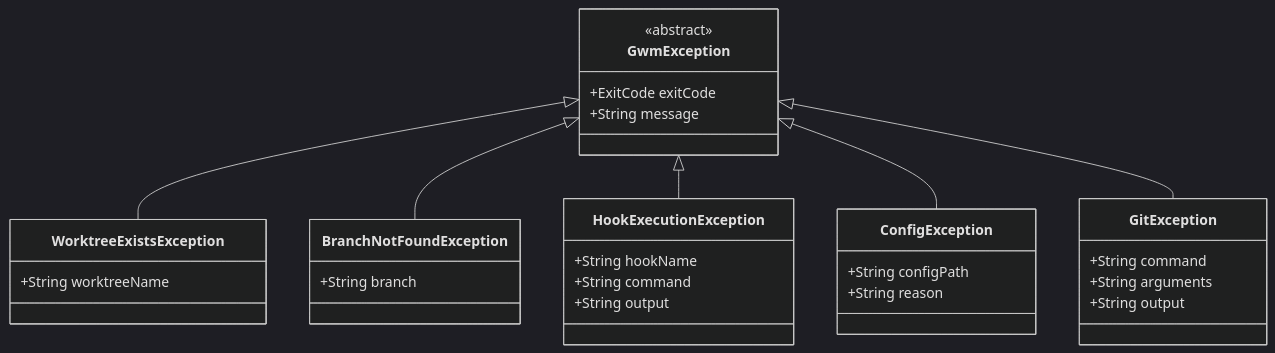
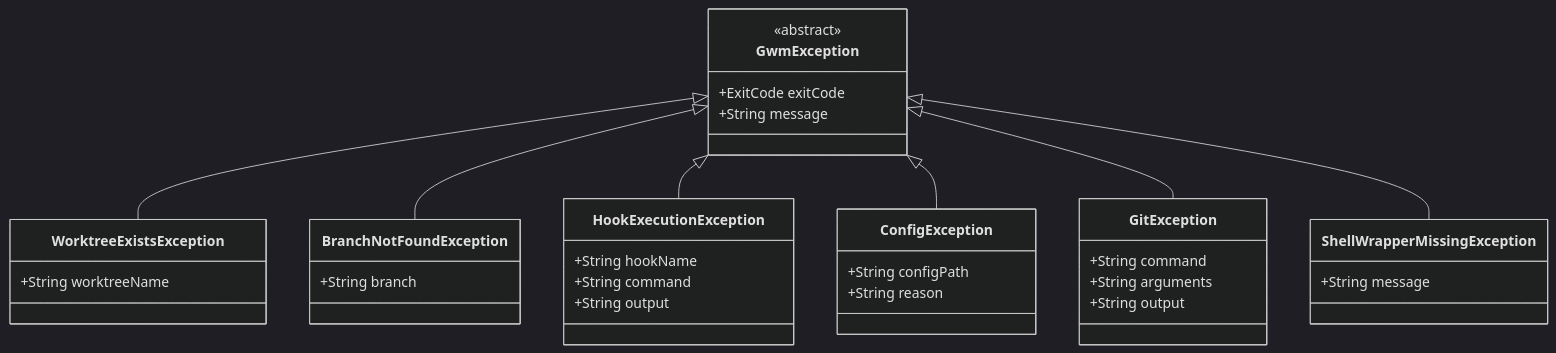
One commit to timovandeput/gwm changed the ninth of 12 diagrams in docs/ARCHITECTURE.md. Above: the diagram before and after it, drawn with Mermaid (dark theme). The commit also changed other lines of this file and 11 other files, not shown here.

Commit message:
refactor: standardize error handling with GwmException and improve messages

````diff
--- a/docs/ARCHITECTURE.md
+++ b/docs/ARCHITECTURE.md
@@ -319,39 +329,44 @@
 ```mermaid
 classDiagram
     class GwmException {
         <<abstract>>
         +ExitCode exitCode
         +String message
     }
 
     class WorktreeExistsException {
         +String worktreeName
     }
 
     class BranchNotFoundException {
         +String branch
     }
 
     class HookExecutionException {
         +String hookName
         +String command
         +String output
     }
 
     class ConfigException {
         +String configPath
         +String reason
     }
 
     class GitException {
         +String command
         +String arguments
         +String output
     }
 
+    class ShellWrapperMissingException {
+        +String message
+    }
+
     GwmException <|-- WorktreeExistsException
     GwmException <|-- BranchNotFoundException
     GwmException <|-- HookExecutionException
     GwmException <|-- ConfigException
     GwmException <|-- GitException
+    GwmException <|-- ShellWrapperMissingException
 ```
````
